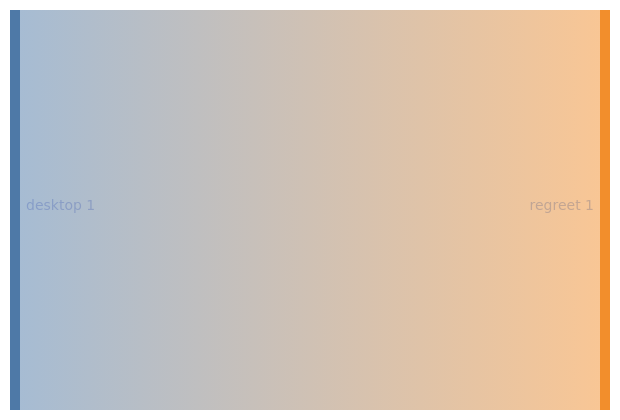
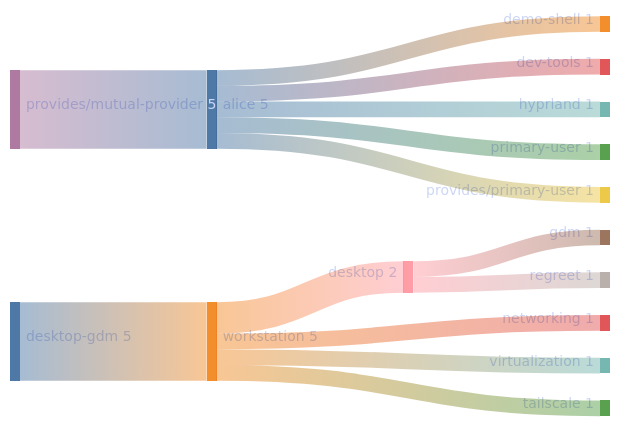
One commit to sini/den changed the diagram in templates/diag-fx-demo/diagrams/desktop-gdm-sankey.md. Above: the diagram before and after it, drawn with Mermaid. The commit also changed 849 other files, not shown here.

Commit message:
chore: update fx diagrams

````diff
--- a/templates/diag-fx-demo/diagrams/desktop-gdm-sankey.md
+++ b/templates/diag-fx-demo/diagrams/desktop-gdm-sankey.md
@@ -5,6 +5,18 @@
 ```mermaid
 %%{init: {"theme":"base","themeVariables":{"activationBkgColor":"#313244","activationBorderColor":"#6c7086","actorBkg":"#313244","actorBorder":"#a6adc8","actorLineColor":"#a6adc8","actorTextColor":"#cdd6f4","background":"#1e1e2e","classText":"#cdd6f4","clusterBkg":"#313244","clusterBorder":"#6c7086","edgeLabelBackground":"#1e1e2e","labelBoxBkgColor":"#313244","labelBoxBorderColor":"#a6adc8","labelTextColor":"#cdd6f4","lineColor":"#a6adc8","loopTextColor":"#cdd6f4","mainBkg":"#313244","nodeBkg":"#313244","nodeBorder":"#a6adc8","nodeTextColor":"#cdd6f4","noteBkgColor":"#313244","noteBorderColor":"#6c7086","noteTextColor":"#cdd6f4","pie1":"#f38ba8","pie2":"#fab387","pie3":"#f9e2af","pie4":"#a6e3a1","pie5":"#94e2d5","pie6":"#89b4fa","pie7":"#cba6f7","pie8":"#f2cdcd","pieLegendTextColor":"#cdd6f4","pieOuterStrokeColor":"#6c7086","pieSectionTextColor":"#cdd6f4","pieStrokeColor":"#6c7086","pieTitleTextColor":"#cdd6f4","primaryBorderColor":"#a6adc8","primaryColor":"#313244","primaryTextColor":"#cdd6f4","secondBkg":"#313244","secondaryBorderColor":"#6c7086","secondaryColor":"#313244","secondaryTextColor":"#cdd6f4","sequenceNumberColor":"#1e1e2e","signalColor":"#a6adc8","signalTextColor":"#cdd6f4","tertiaryBorderColor":"#6c7086","tertiaryColor":"#313244","tertiaryTextColor":"#cdd6f4","textColor":"#cdd6f4","titleColor":"#cdd6f4"}}}%%
 sankey-beta
 
+"alice","demo-shell",1
+"alice","dev-tools",1
+"alice","hyprland",1
+"alice","primary-user",1
+"alice","provides/primary-user",1
+"provides/mutual-provider","alice",5
+"desktop","gdm",1
 "desktop","regreet",1
+"desktop-gdm","workstation",5
+"workstation","desktop",2
+"workstation","networking",1
+"workstation","virtualization",1
+"workstation","tailscale",1
 ```
````
